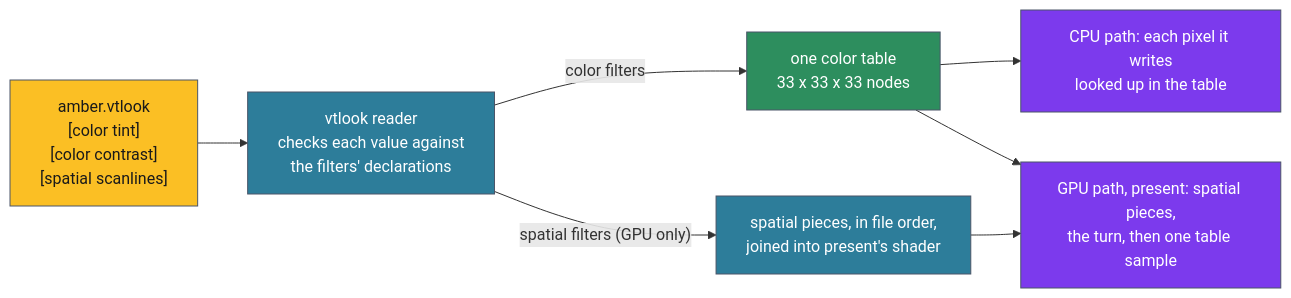
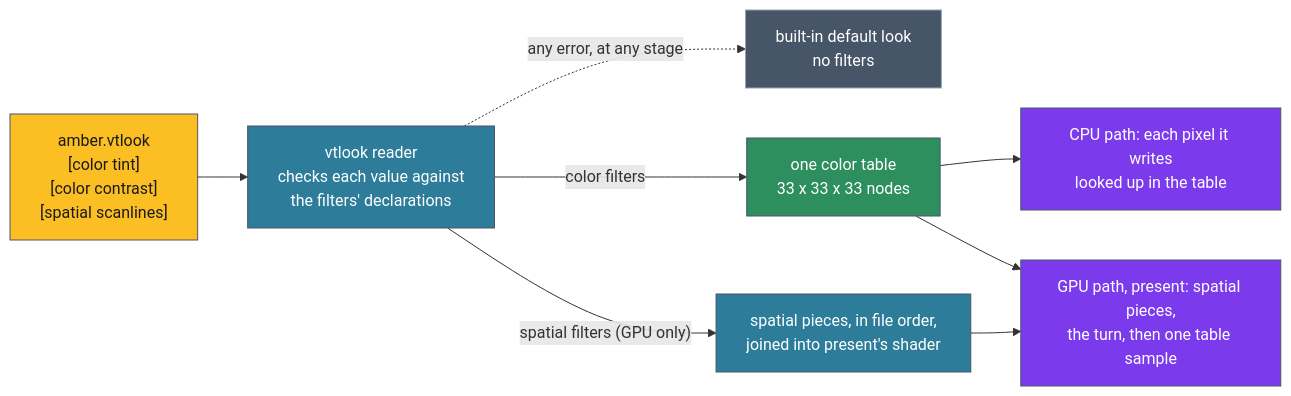
One commit to vtium/vtium changed the diagram in docs/architecture/render/ADR-1304-vtium-s-frame-filters-are-built-in-and-a-vtlook-file-chooses-them-and-sets-their-parameters.md. Above: the diagram before and after it, drawn with Mermaid. The commit also changed other lines of this file, not shown here.

````diff
--- a/docs/architecture/render/ADR-1304-vtium-s-frame-filters-are-built-in-and-a-vtlook-file-chooses-them-and-sets-their-parameters.md
+++ b/docs/architecture/render/ADR-1304-vtium-s-frame-filters-are-built-in-and-a-vtlook-file-chooses-them-and-sets-their-parameters.md
@@ -87,19 +107,22 @@
 ```mermaid
 flowchart LR
     L["amber.vtlook<br>[color tint]<br>[color contrast]<br>[spatial scanlines]"]:::cfg
     R["vtlook reader<br>checks each value against<br>the filters' declarations"]:::proc
+    D["built-in default look<br>no filters"]:::fall
     T["one color table<br>33 x 33 x 33 nodes"]:::data
     G["spatial pieces, in file order,<br>joined into present's shader"]:::proc
     C["CPU path: each pixel it writes<br>looked up in the table"]:::path
     P["GPU path, present: spatial pieces,<br>the turn, then one table sample"]:::path
     L --> R
     R -->|color filters| T
     R -->|"spatial filters (GPU only)"| G
+    R -.->|"any error, at any stage"| D
     T --> C
     T --> P
     G --> P
     classDef cfg fill:#fbbf24,color:#1a1a1a,stroke:#4a5568
     classDef proc fill:#2d7d9a,color:#ffffff,stroke:#4a5568
     classDef data fill:#2d8e5e,color:#ffffff,stroke:#4a5568
     classDef path fill:#7c3aed,color:#ffffff,stroke:#4a5568
+    classDef fall fill:#475569,color:#ffffff,stroke:#94a3b8
 ```
````
